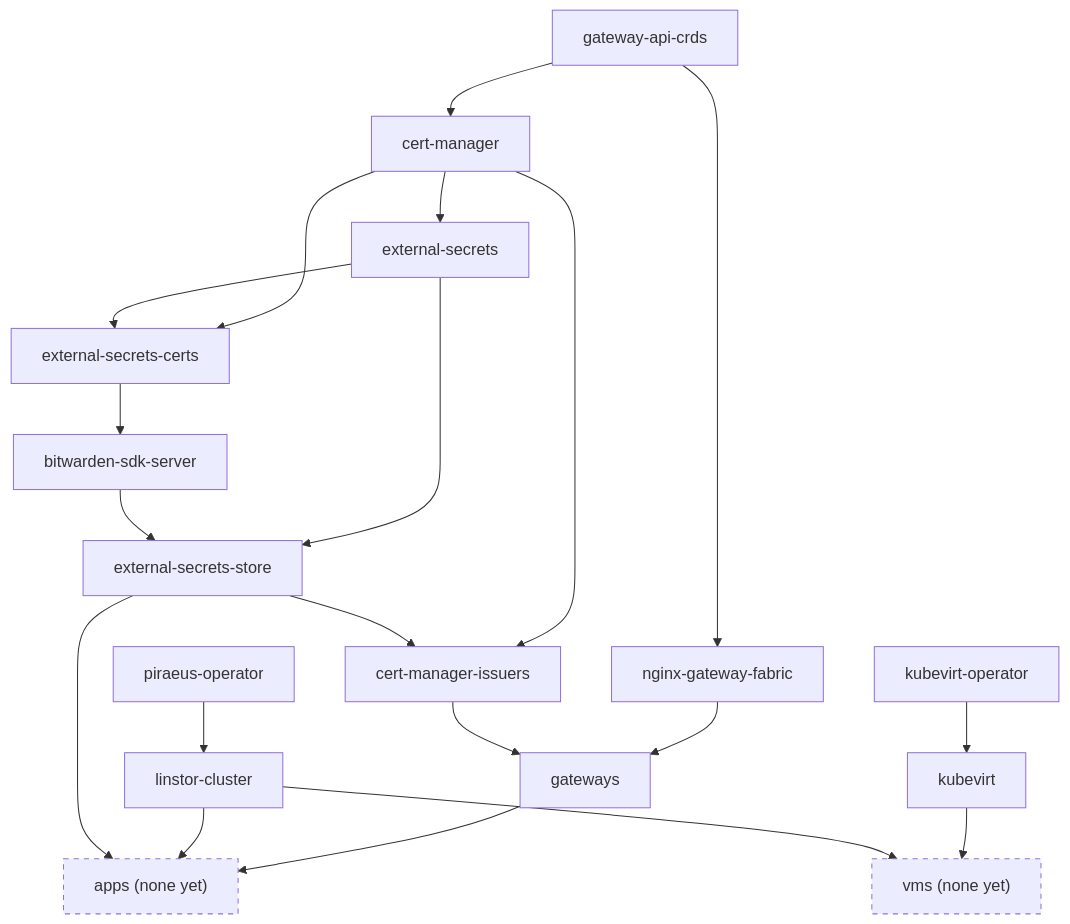
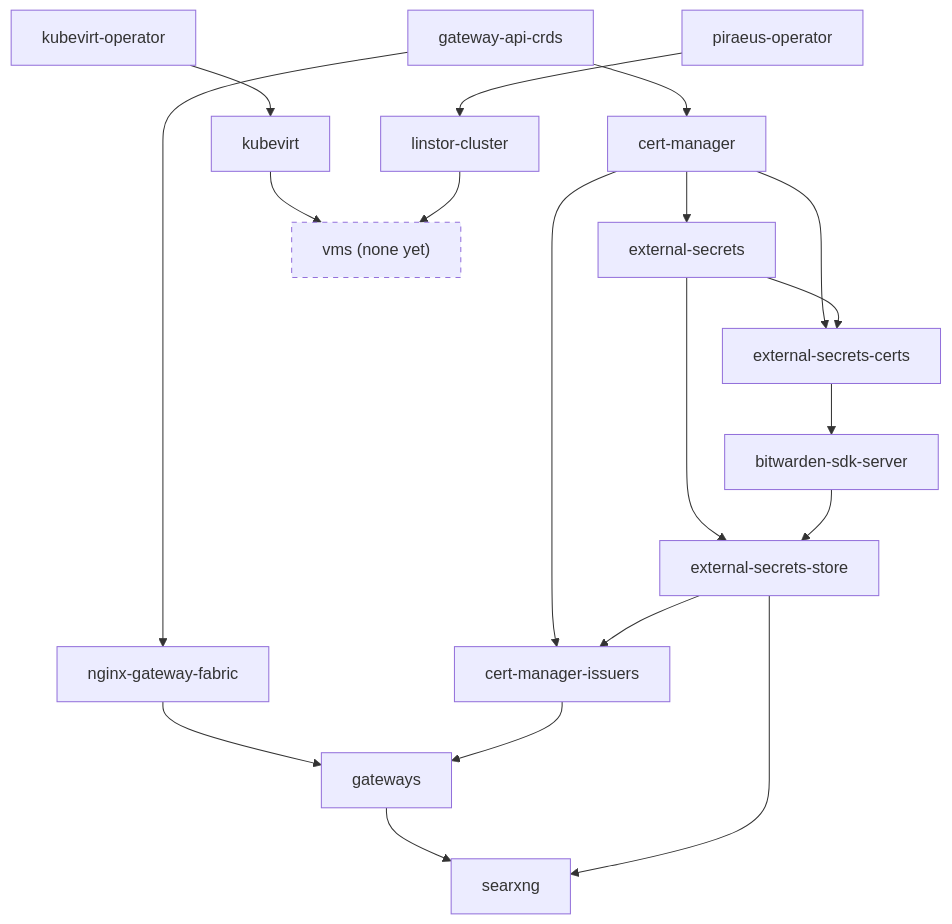
One commit to martinxtinto/k8s-flux changed the first of 2 diagrams in README.md. Above: the diagram before and after it, drawn with Mermaid. The commit also changed other lines of this file and 7 other files, not shown here.

````diff
--- a/README.md
+++ b/README.md
@@ -39,25 +39,23 @@
 ```mermaid
 flowchart TD
   gateway-api-crds --> cert-manager
   gateway-api-crds --> nginx-gateway-fabric
   cert-manager --> external-secrets
   cert-manager --> external-secrets-certs
   external-secrets --> external-secrets-certs
   external-secrets --> external-secrets-store
   external-secrets-certs --> bitwarden-sdk-server
   bitwarden-sdk-server --> external-secrets-store
   cert-manager --> cert-manager-issuers
   external-secrets-store --> cert-manager-issuers
   nginx-gateway-fabric --> gateways
   cert-manager-issuers --> gateways
   piraeus-operator --> linstor-cluster
   kubevirt-operator --> kubevirt
-  gateways --> apps
-  linstor-cluster --> apps
-  external-secrets-store --> apps
+  gateways --> searxng
+  external-secrets-store --> searxng
   kubevirt --> vms
   linstor-cluster --> vms
-  apps["apps (none yet)"]:::placeholder
   vms["vms (none yet)"]:::placeholder
   classDef placeholder stroke-dasharray: 5 5
 ```
````
